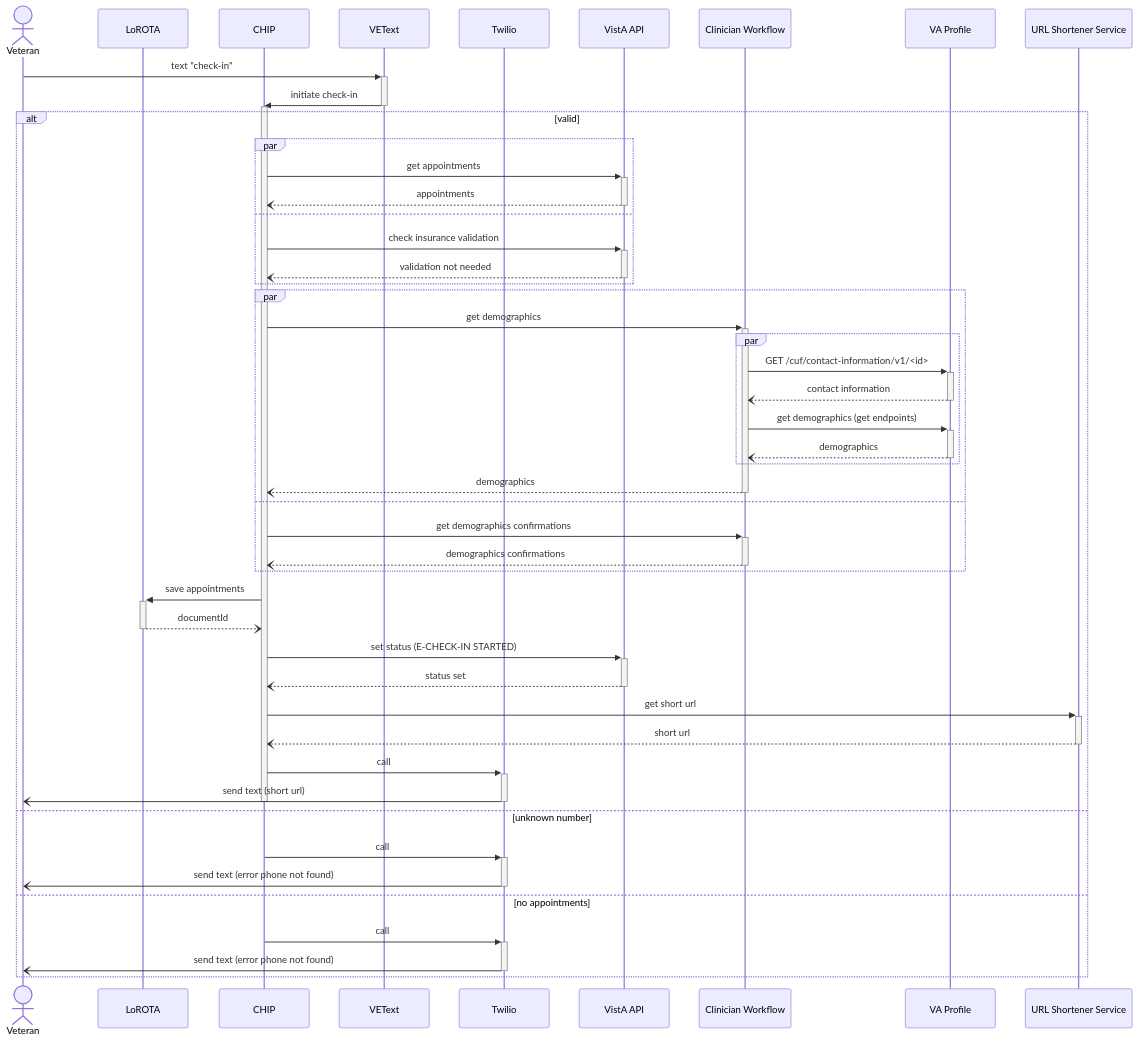
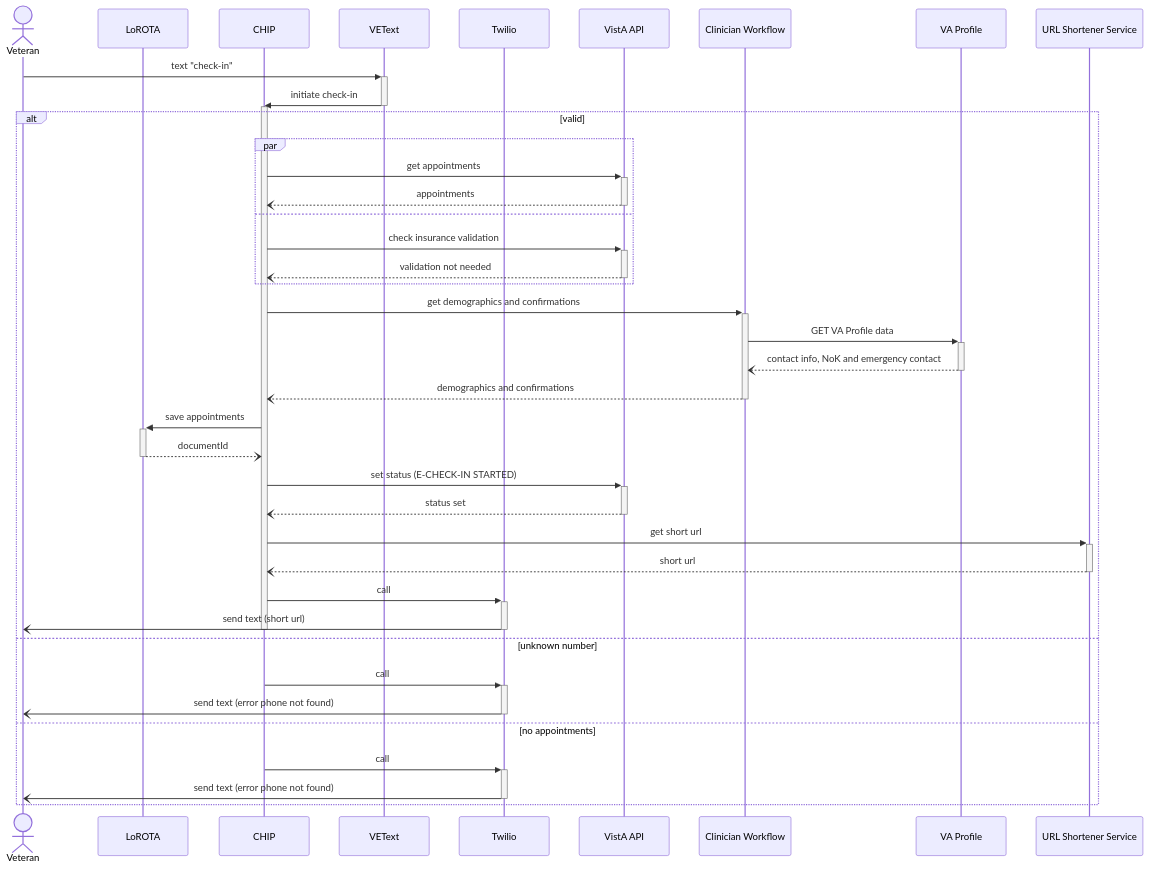
One commit to department-of-veterans-affairs/va.gov-team changed the first of 4 diagrams in products/health-care/checkin/engineering/architecture-diagrams/draft_sequenceDiagram_checkInExp_vaProfile.md. Above: the diagram before and after it, drawn with Mermaid. The commit also changed other lines of this file, not shown here.

````diff
--- a/products/health-care/checkin/engineering/architecture-diagrams/draft_sequenceDiagram_checkInExp_vaProfile.md
+++ b/products/health-care/checkin/engineering/architecture-diagrams/draft_sequenceDiagram_checkInExp_vaProfile.md
@@ -7,55 +7,44 @@
 ```mermaid
 sequenceDiagram
     actor vet as Veteran
     participant l as LoROTA
     participant c as CHIP
     participant vt as VEText
     participant t as Twilio
     participant va as VistA API
     participant cw as Clinician Workflow
     participant vp as VA Profile
     participant url as URL Shortener Service
 
     vet->>+vt: text "check-in"
     vt->>-c: initiate check-in
     activate c
     alt valid
       par
         c->>+va: get appointments
         va--)-c: appointments
       and
         c->>+va: check insurance validation
         va--)-c: validation not needed
       end
-      par
-        c->>+cw: get demographics
-        par
-            cw->>+vp: GET /cuf/contact-information/v1/<id>
-            vp--)-cw: contact information
-            cw->>+vp: get demographics (get endpoints)
-            vp--)-cw: demographics
-        end
-        cw--)-c: demographics
-      and
-        c->>+cw: get demographics confirmations
-
-
-        cw--)-c: demographics confirmations
-      end
+        c->>+cw: get demographics and confirmations
+        cw->>+vp: GET VA Profile data
+            vp--)-cw: contact info, NoK and emergency contact
+        cw--)-c: demographics and confirmations
         c->>+l: save appointments
         l--)-c: documentId
         c->>+va: set status (E-CHECK-IN STARTED)
         va--)-c: status set
         c->>+url: get short url
         url--)-c: short url
         c->>+t: call
         t-)-vet: send text (short url)
         deactivate c
     else unknown number
         c->>+t: call
         t-)-vet: send text (error phone not found)
     else no appointments
         c->>+t: call
         t-)-vet: send text (error phone not found)
     end
 ```
````
